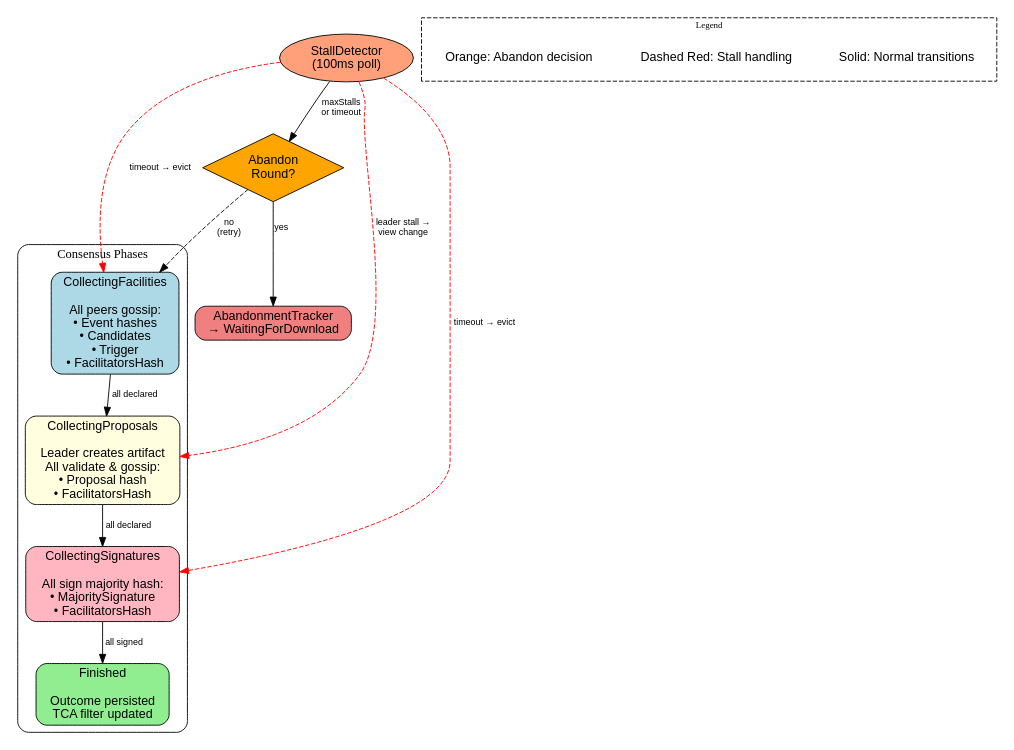
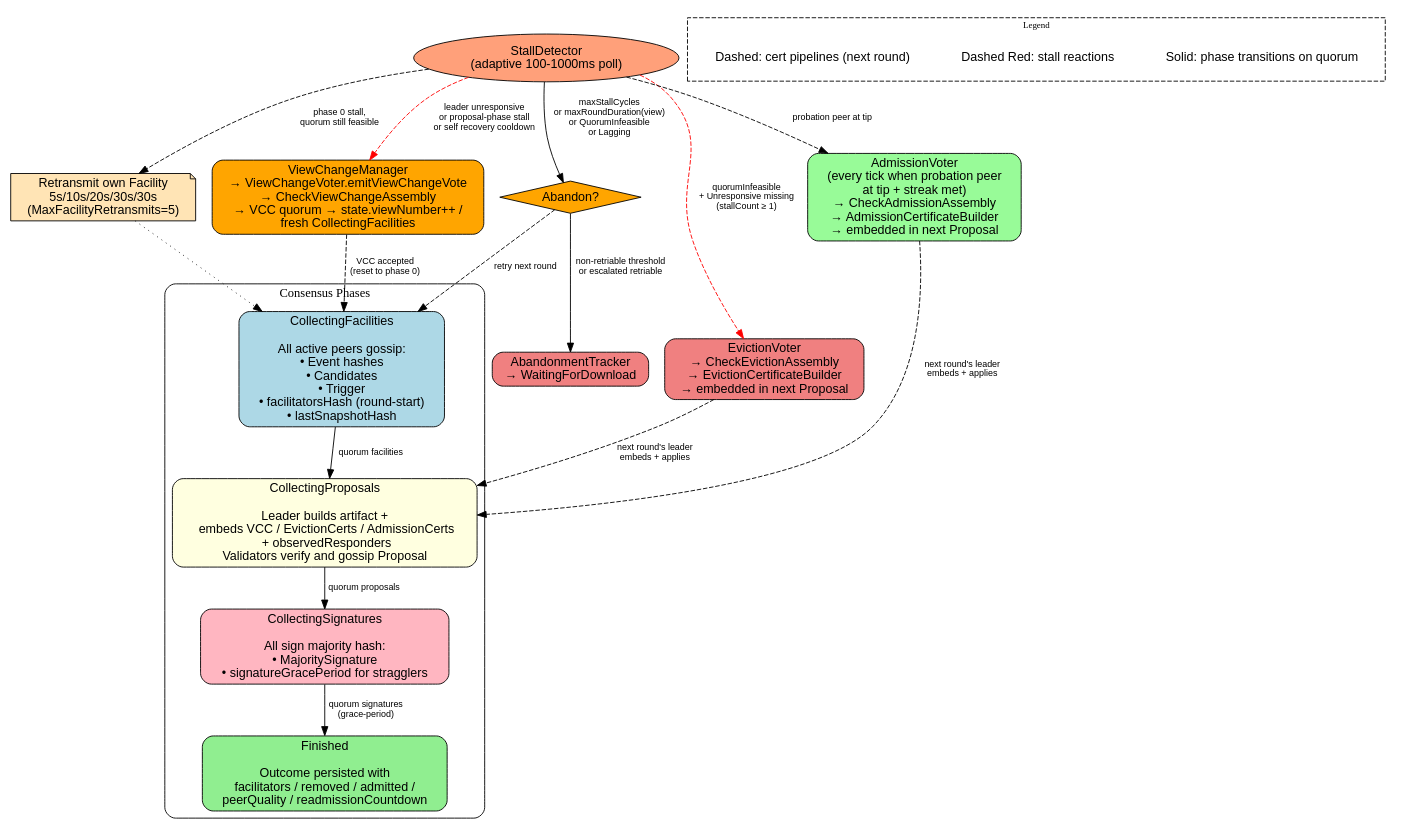
One commit to Constellation-Labs/tessellation changed the diagram in docs/consensus/diagrams/consensus-round.dot. Above: the diagram before and after it, drawn with Graphviz. The commit also changed 20 other files, not shown here.

First line of the commit message:
docs: refresh consensus docs and diagrams for fork-recovery followup

```diff
--- a/docs/consensus/diagrams/consensus-round.dot
+++ b/docs/consensus/diagrams/consensus-round.dot
@@ -1,51 +1,70 @@
 // Consensus Round Protocol
-// Render: dot -Tsvg consensus-round.dot -o consensus-round.svg
+// Reflects current quorum-based phase transitions, the B1/B2 cert pipelines that
+// piggy-back on Proposal, and the StallDetector responses (capped-exp Facility
+// retransmit, view-change voting, abandonment).
+//
+// Render: dot -Tpng consensus-round.dot -o consensus-round.png
 
 digraph ConsensusRound {
     rankdir=TB;
     node [shape=box, style=rounded, fontname="Helvetica"];
     edge [fontname="Helvetica", fontsize=10];
 
     // Phases
     subgraph cluster_phases {
         label="Consensus Phases";
         style=rounded;
 
-        CollectingFacilities [label="CollectingFacilities\n\nAll peers gossip:\n• Event hashes\n• Candidates\n• Trigger\n• FacilitatorsHash", style="rounded,filled", fillcolor="lightblue"];
-        CollectingProposals [label="CollectingProposals\n\nLeader creates artifact\nAll validate & gossip:\n• Proposal hash\n• FacilitatorsHash", style="rounded,filled", fillcolor="lightyellow"];
-        CollectingSignatures [label="CollectingSignatures\n\nAll sign majority hash:\n• MajoritySignature\n• FacilitatorsHash", style="rounded,filled", fillcolor="lightpink"];
-        Finished [label="Finished\n\nOutcome persisted\nTCA filter updated", style="rounded,filled", fillcolor="lightgreen"];
+        CollectingFacilities [label="CollectingFacilities\n\nAll active peers gossip:\n• Event hashes\n• Candidates\n• Trigger\n• facilitatorsHash (round-start)\n• lastSnapshotHash", style="rounded,filled", fillcolor="lightblue"];
+        CollectingProposals [label="CollectingProposals\n\nLeader builds artifact +\n  embeds VCC / EvictionCerts / AdmissionCerts\n  + observedResponders\nValidators verify and gossip Proposal", style="rounded,filled", fillcolor="lightyellow"];
+        CollectingSignatures [label="CollectingSignatures\n\nAll sign majority hash:\n• MajoritySignature\n• signatureGracePeriod for stragglers", style="rounded,filled", fillcolor="lightpink"];
+        Finished [label="Finished\n\nOutcome persisted with\nfacilitators / removed / admitted /\npeerQuality / readmissionCountdown", style="rounded,filled", fillcolor="lightgreen"];
     }
 
-    // Transitions
-    CollectingFacilities -> CollectingProposals [label="all declared"];
-    CollectingProposals -> CollectingSignatures [label="all declared"];
-    CollectingSignatures -> Finished [label="all signed"];
+    // Transitions: quorum-based, not all-N (default fraction = 1.0 still equals all)
+    CollectingFacilities -> CollectingProposals [label="quorum facilities"];
+    CollectingProposals -> CollectingSignatures [label="quorum proposals"];
+    CollectingSignatures -> Finished [label="quorum signatures\n(grace-period)"];
 
-    // Stall handling
-    StallDetector [shape=ellipse, label="StallDetector\n(100ms poll)", style=filled, fillcolor="lightsalmon"];
+    // StallDetector orchestrates several reactions
+    StallDetector [shape=ellipse, label="StallDetector\n(adaptive 100-1000ms poll)", style=filled, fillcolor="lightsalmon"];
 
-    StallDetector -> CollectingFacilities [label="timeout → evict", style=dashed, color="red"];
-    StallDetector -> CollectingProposals [label="leader stall →\nview change", style=dashed, color="red"];
-    StallDetector -> CollectingSignatures [label="timeout → evict", style=dashed, color="red"];
+    // Capped-exp Facility retransmit (v13)
+    Retransmit [shape=note, label="Retransmit own Facility\n5s/10s/20s/30s/30s\n(MaxFacilityRetransmits=5)", style=filled, fillcolor="moccasin"];
+    StallDetector -> Retransmit [label="phase 0 stall,\nquorum still feasible", style=dashed];
+    Retransmit -> CollectingFacilities [style=dotted];
+
+    // Quorum-certified view change (Phase 2)
+    ViewChange [label="ViewChangeManager\n→ ViewChangeVoter.emitViewChangeVote\n→ CheckViewChangeAssembly\n→ VCC quorum → state.viewNumber++ /\nfresh CollectingFacilities", style="rounded,filled", fillcolor="orange"];
+    StallDetector -> ViewChange [label="leader unresponsive\nor proposal-phase stall\nor self recovery cooldown", style=dashed, color="red"];
+    ViewChange -> CollectingFacilities [label="VCC accepted\n(reset to phase 0)", style=dashed];
+
+    // B1 eviction cert pipeline (no mid-round committee mutation)
+    Eviction [label="EvictionVoter\n→ CheckEvictionAssembly\n→ EvictionCertificateBuilder\n→ embedded in next Proposal", style="rounded,filled", fillcolor="lightcoral"];
+    StallDetector -> Eviction [label="quorumInfeasible\n+ Unresponsive missing\n(stallCount ≥ 1)", style=dashed, color="red"];
+    Eviction -> CollectingProposals [label="next round's leader\nembeds + applies", style=dashed];
+
+    // B2 admission cert pipeline (sticky probation)
+    Admission [label="AdmissionVoter\n(every tick when probation peer\nat tip + streak met)\n→ CheckAdmissionAssembly\n→ AdmissionCertificateBuilder\n→ embedded in next Proposal", style="rounded,filled", fillcolor="palegreen"];
+    StallDetector -> Admission [label="probation peer at tip", style=dashed];
+    Admission -> CollectingProposals [label="next round's leader\nembeds + applies", style=dashed];
 
     // Abandon
-    Abandon [shape=diamond, label="Abandon\nRound?", style=filled, fillcolor="orange"];
-    
-    StallDetector -> Abandon [label="maxStalls\nor timeout"];
-    Abandon -> Recovery [label="yes"];
-    Abandon -> CollectingFacilities [label="no\n(retry)", style=dashed];
+    Abandon [shape=diamond, label="Abandon?", style=filled, fillcolor="orange"];
+    StallDetector -> Abandon [label="maxStallCycles\nor maxRoundDuration(view)\nor QuorumInfeasible\nor Lagging"];
+    Abandon -> Recovery [label="non-retriable threshold\nor escalated retriable"];
+    Abandon -> CollectingFacilities [label="retry next round", style=dashed];
 
     Recovery [shape=box, label="AbandonmentTracker\n→ WaitingForDownload", style="rounded,filled", fillcolor="lightcoral"];
 
     // Legend
     subgraph cluster_legend {
         label="Legend";
         style=dashed;
         fontsize=10;
-        
-        l1 [shape=plaintext, label="Solid: Normal transitions"];
-        l2 [shape=plaintext, label="Dashed Red: Stall handling"];
-        l3 [shape=plaintext, label="Orange: Abandon decision"];
+
+        l1 [shape=plaintext, label="Solid: phase transitions on quorum"];
+        l2 [shape=plaintext, label="Dashed Red: stall reactions"];
+        l3 [shape=plaintext, label="Dashed: cert pipelines (next round)"];
     }
 }
```
